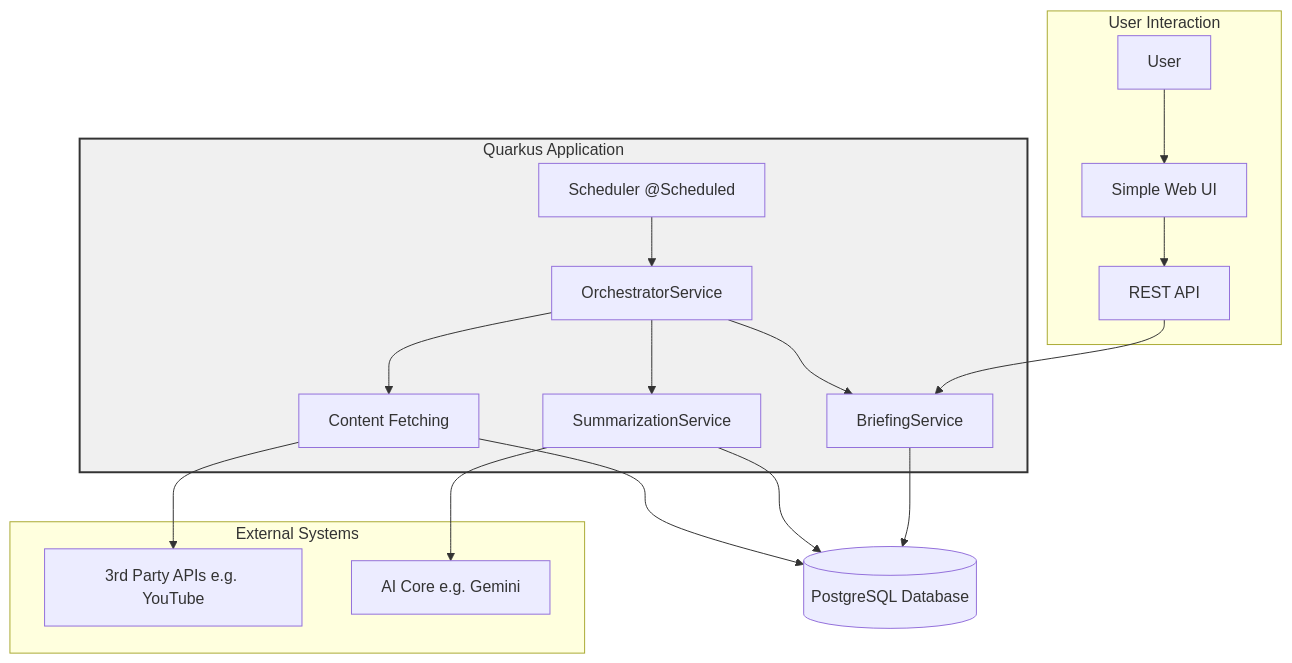
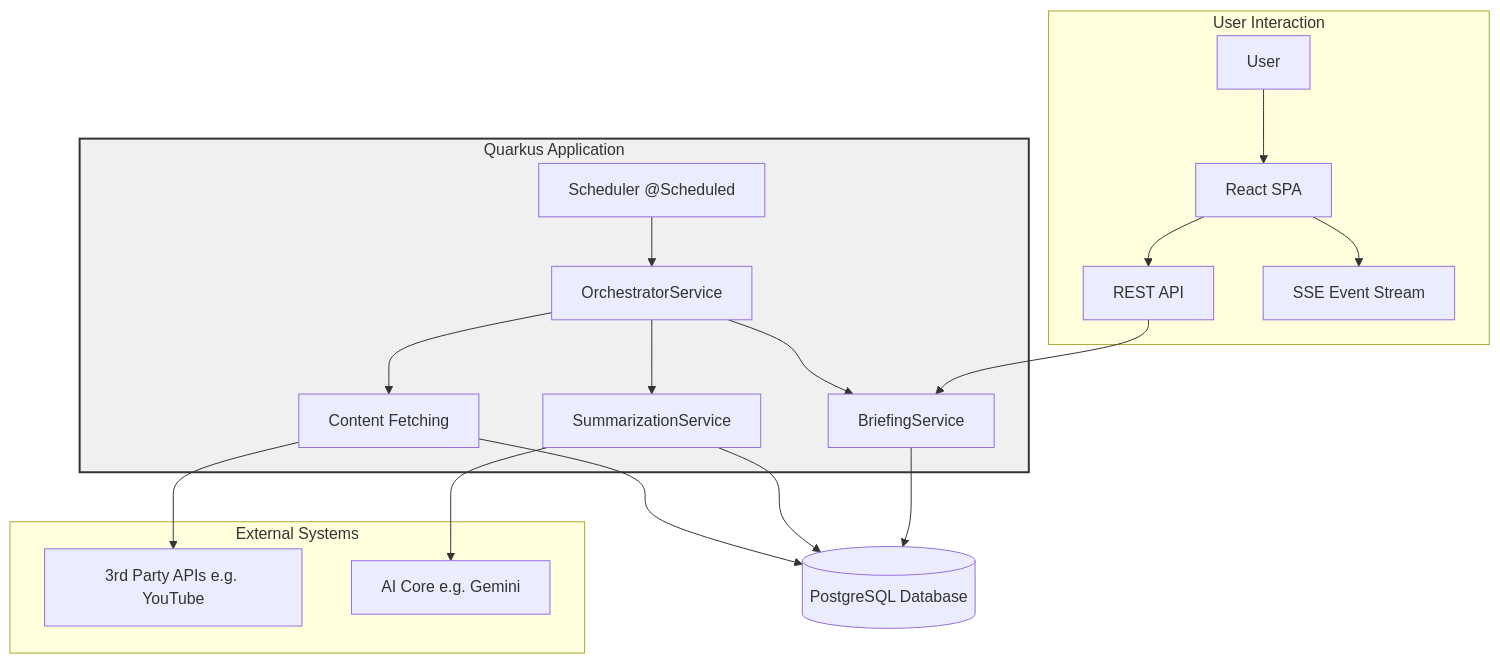
The diagram in docs/overview/architecture_overview.md (sjuresa/povzetkar), drawn with Mermaid before and after one commit. The commit also changed other lines of this file and 34 other files, not shown here.

````diff
--- a/docs/overview/architecture_overview.md
+++ b/docs/overview/architecture_overview.md
@@ -23,28 +24,29 @@
 ```mermaid
 graph TD
     subgraph "User Interaction"
-        User --> UI[Simple Web UI]
+        User --> UI[React SPA]
         UI --> API[REST API]
+        UI --> SSE[SSE Event Stream]
     end
 
     subgraph quarkus_app ["Quarkus Application"]
         Scheduler[Scheduler @Scheduled] --> Orchestrator[OrchestratorService]
         Orchestrator --> ContentFetcher[Content Fetching]
         Orchestrator --> Summarizer[SummarizationService]
         Orchestrator --> BriefingGen[BriefingService]
         API --> BriefingGen
     end
 
     subgraph "External Systems"
         ExtAPI[3rd Party APIs e.g. YouTube]
         GenAI[AI Core e.g. Gemini]
     end
 
     DB[(PostgreSQL Database)]
 
     ContentFetcher --> ExtAPI & DB
     Summarizer --> GenAI & DB
     BriefingGen --> DB
 
     style quarkus_app fill:#f0f0f0,stroke:#333,stroke-width:2px
 ```
````
